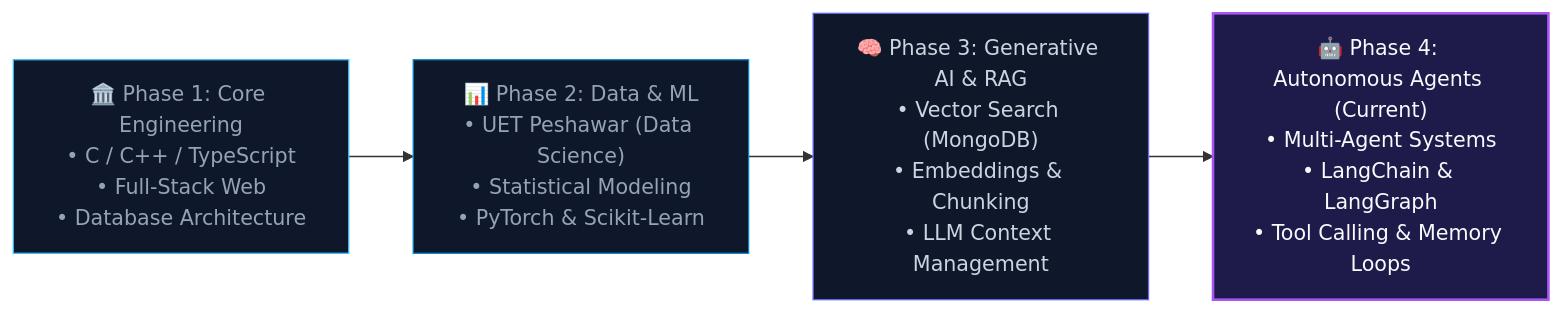
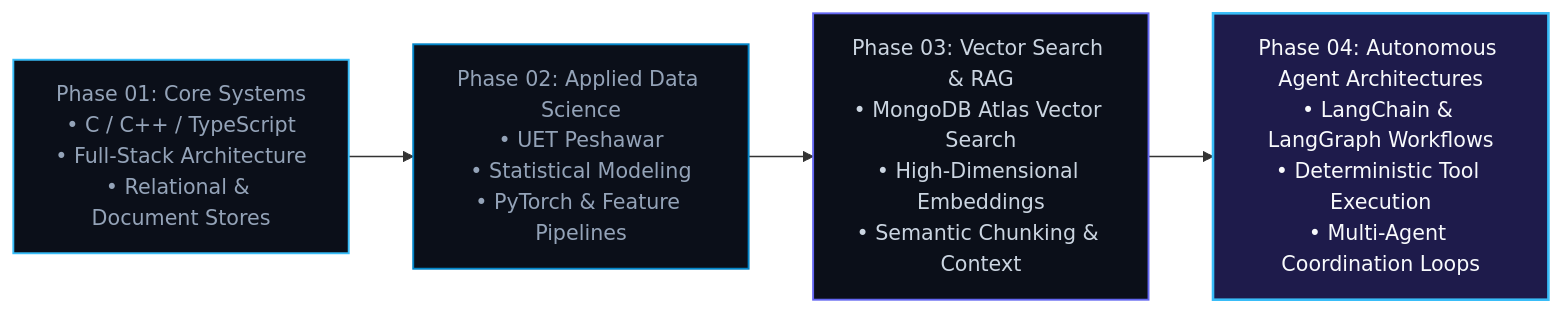
Before and after one commit to hashirahmad806/hashirahmad806: the diagram in README.md, drawn with Mermaid. The commit also changed other lines of this file, not shown here.

````diff
--- a/README.md
+++ b/README.md
@@ -30,11 +30,11 @@
 ```mermaid
 flowchart LR
-    A["🏛️ Phase 1: Core Engineering\n• C / C++ / TypeScript\n• Full-Stack Web\n• Database Architecture"] 
-    --> B["📊 Phase 2: Data & ML\n• UET Peshawar (Data Science)\n• Statistical Modeling\n• PyTorch & Scikit-Learn"]
-    --> C["🧠 Phase 3: Generative AI & RAG\n• Vector Search (MongoDB)\n• Embeddings & Chunking\n• LLM Context Management"]
-    --> D["🤖 Phase 4: Autonomous Agents (Current)\n• Multi-Agent Systems\n• LangChain & LangGraph\n• Tool Calling & Memory Loops"]
-    style A fill:#0f172a,stroke:#38bdf8,stroke-width:1px,color:#94a3b8
-    style B fill:#0f172a,stroke:#0284c7,stroke-width:1px,color:#94a3b8
-    style C fill:#0f172a,stroke:#6366f1,stroke-width:1px,color:#cbd5e1
-    style D fill:#1e1b4b,stroke:#a855f7,stroke-width:2px,color:#f8fafc
+    A["Phase 01: Core Systems\n• C / C++ / TypeScript\n• Full-Stack Architecture\n• Relational & Document Stores"] 
+    --> B["Phase 02: Applied Data Science\n• UET Peshawar\n• Statistical Modeling\n• PyTorch & Feature Pipelines"]
+    --> C["Phase 03: Vector Search & RAG\n• MongoDB Atlas Vector Search\n• High-Dimensional Embeddings\n• Semantic Chunking & Context"]
+    --> D["Phase 04: Autonomous Agent Architectures\n• LangChain & LangGraph Workflows\n• Deterministic Tool Execution\n• Multi-Agent Coordination Loops"]
+    style A fill:#0b0f19,stroke:#38bdf8,stroke-width:1.5px,color:#94a3b8
+    style B fill:#0b0f19,stroke:#0284c7,stroke-width:1.5px,color:#94a3b8
+    style C fill:#0b0f19,stroke:#6366f1,stroke-width:1.5px,color:#cbd5e1
+    style D fill:#1e1b4b,stroke:#38bdf8,stroke-width:2px,color:#f8fafc
 ```
````
